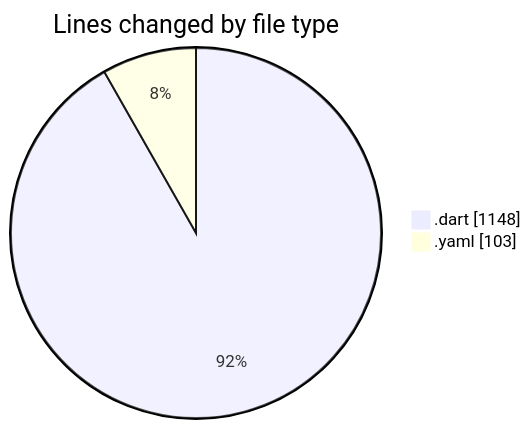
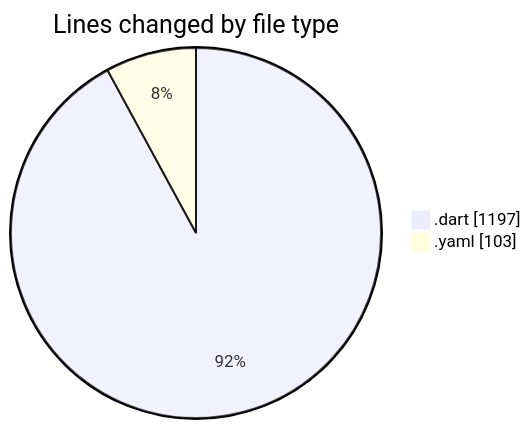
One commit to donsfak/code-tracking changed the first of 2 diagrams in 2025-02-25/trackers_app/README.md. Above: the diagram before and after it, drawn with Mermaid. The commit also changed other lines of this file and 1 other file, not shown here.

````diff
--- a/2025-02-25/trackers_app/README.md
+++ b/2025-02-25/trackers_app/README.md
@@ -25,6 +25,6 @@
 ```mermaid
 pie showData
 title Lines changed by file type
-".dart" : 1148
+".dart" : 1197
 ".yaml" : 103
 ```
````
